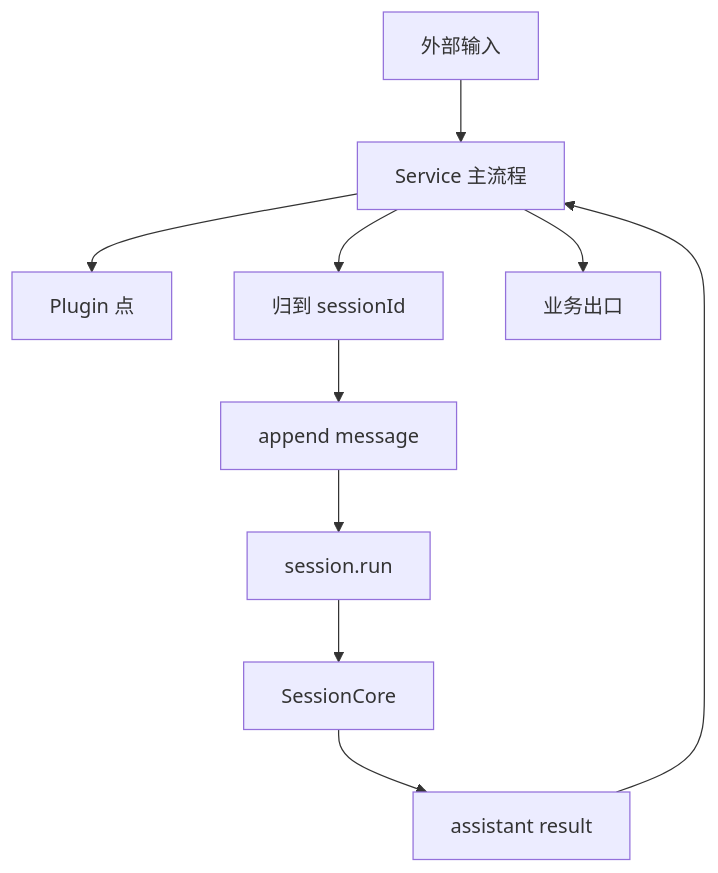
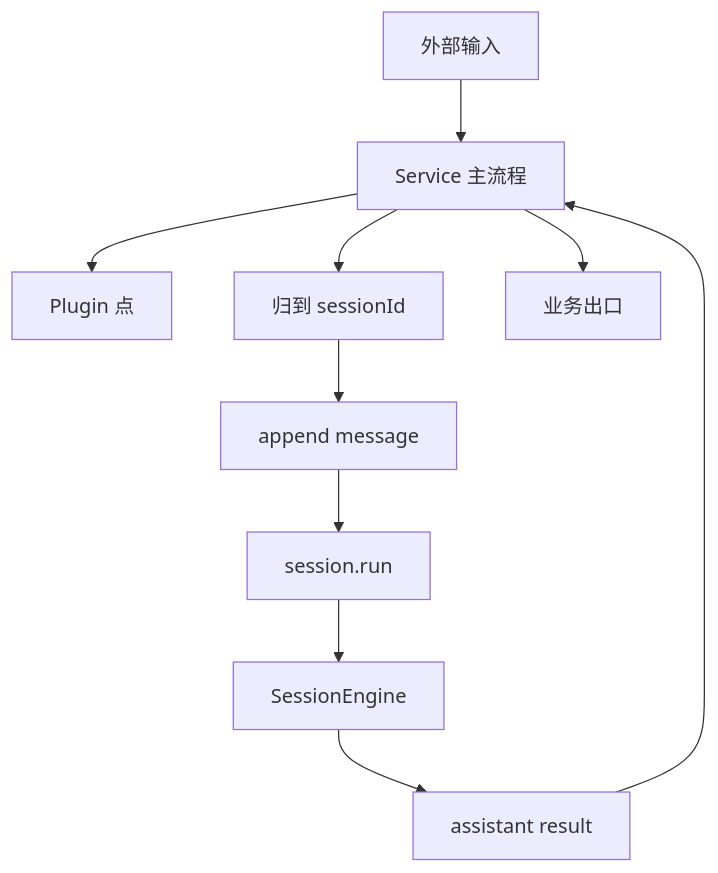
One commit to wangenius/downcity changed the second of 2 diagrams in homepage/content/devdocs/zh/services/system-map.mdx. Above: the diagram before and after it, drawn with Mermaid. The commit also changed other lines of this file and 419 other files, not shown here.

````diff
--- a/homepage/content/devdocs/zh/services/system-map.mdx
+++ b/homepage/content/devdocs/zh/services/system-map.mdx
@@ -156,12 +156,12 @@
 ```mermaid
 flowchart TD
   IN["外部输入"] --> SERVICE["Service 主流程"]
   SERVICE --> HOOK["Plugin 点"]
   SERVICE --> SID["归到 sessionId"]
   SID --> APPEND["append message"]
   APPEND --> RUN["session.run"]
-  RUN --> CORE["SessionCore"]
+  RUN --> CORE["SessionEngine"]
   CORE --> RES["assistant result"]
   RES --> SERVICE
   SERVICE --> OUT["业务出口"]
 ```
````
